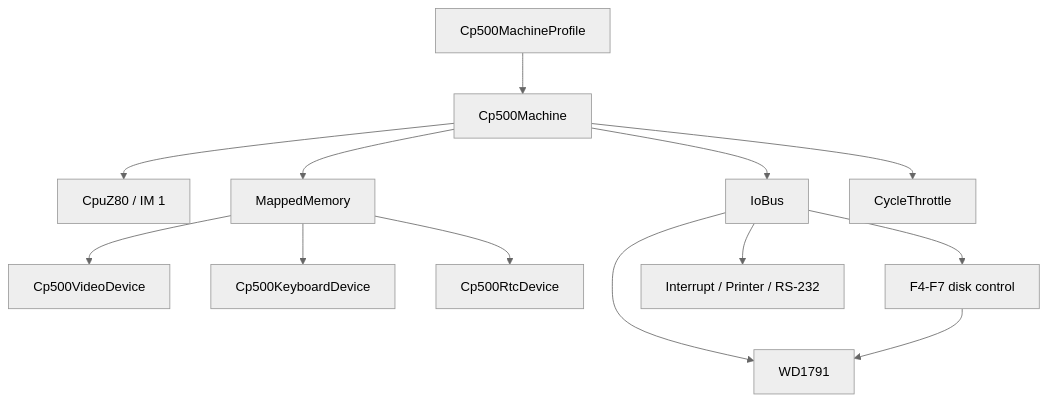
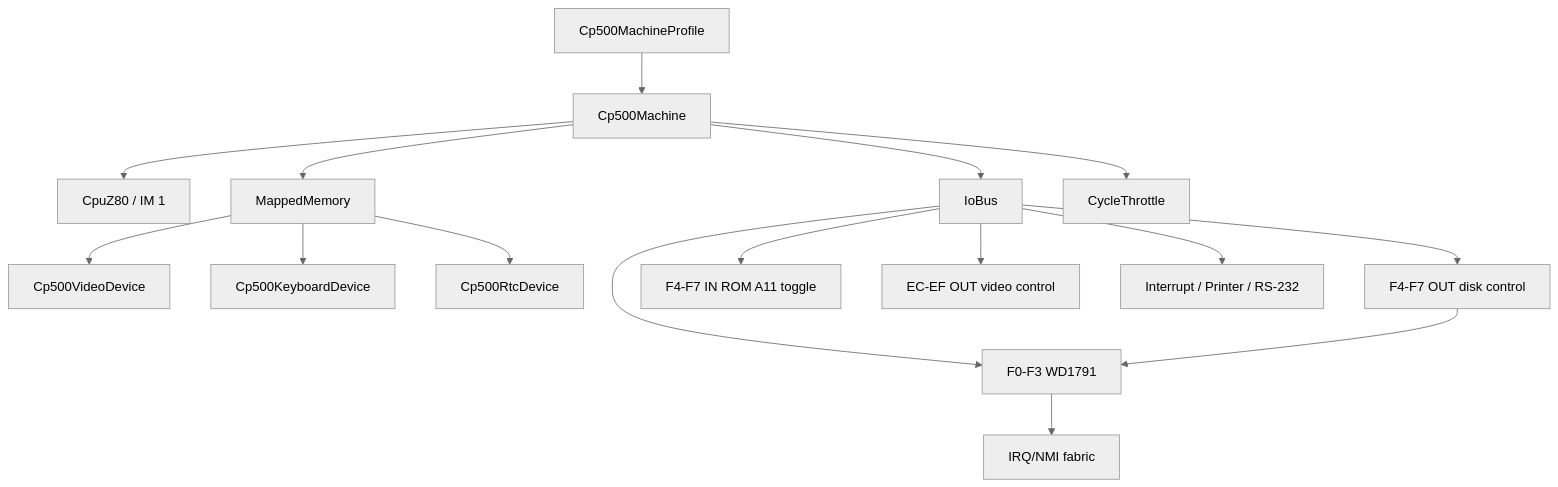
Before and after one commit to fredimachado/heh8080: the diagram in lode/cp500/summary.md, drawn with Mermaid (neutral theme). The commit also changed other lines of this file and 31 other files, not shown here.

````diff
--- a/lode/cp500/summary.md
+++ b/lode/cp500/summary.md
@@ -21,15 +21,18 @@
 ```mermaid
 graph TD
     Profile[Cp500MachineProfile] --> Machine[Cp500Machine]
     Machine --> CPU[CpuZ80 / IM 1]
     Machine --> Memory[MappedMemory]
     Machine --> Bus[IoBus]
     Machine --> Throttle[CycleThrottle]
     Memory --> Video[Cp500VideoDevice]
     Memory --> Keyboard[Cp500KeyboardDevice]
     Memory --> RTC[Cp500RtcDevice]
-    Bus --> FDC[WD1791]
-    Bus --> DiskControl[F4-F7 disk control]
+    Bus --> FDC[F0-F3 WD1791]
+    Bus --> DiskControl[F4-F7 OUT disk control]
+    Bus --> Rom[F4-F7 IN ROM A11 toggle]
+    Bus --> VideoPort[EC-EF OUT video control]
+    FDC --> Interrupts[IRQ/NMI fabric]
     DiskControl --> FDC
     Bus --> Other[Interrupt / Printer / RS-232]
 ```
````
